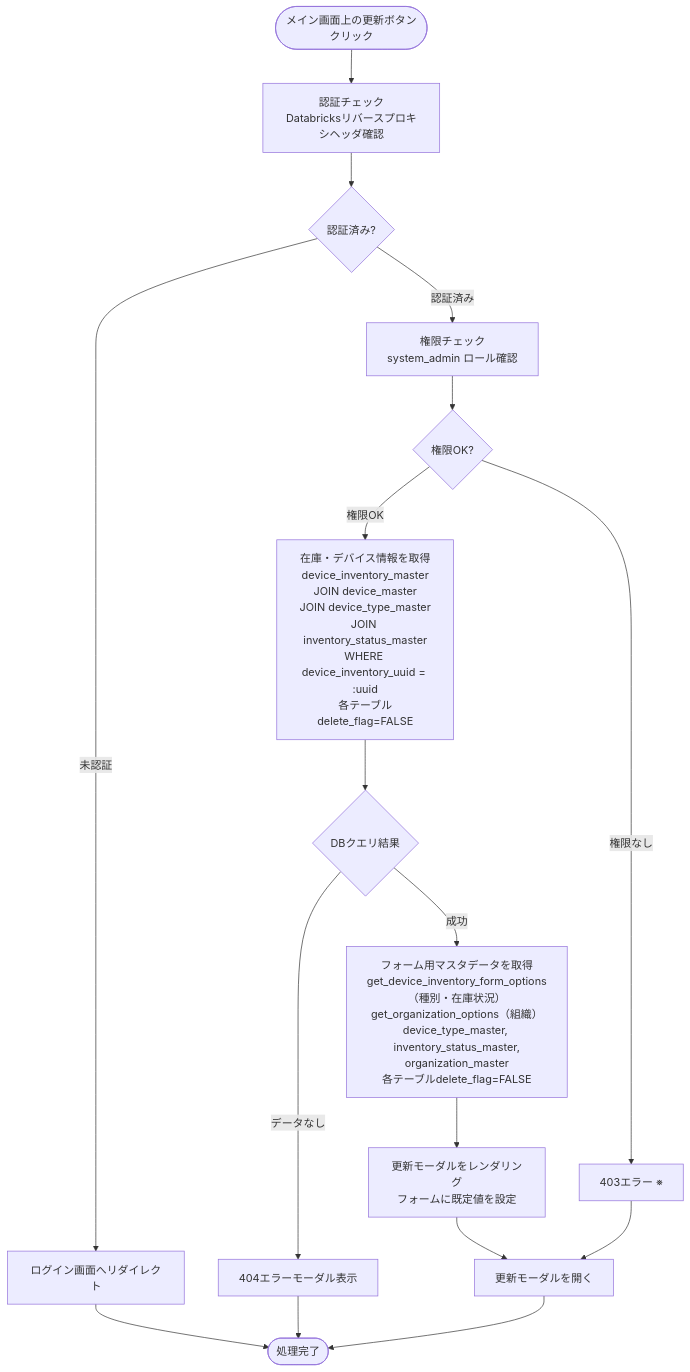
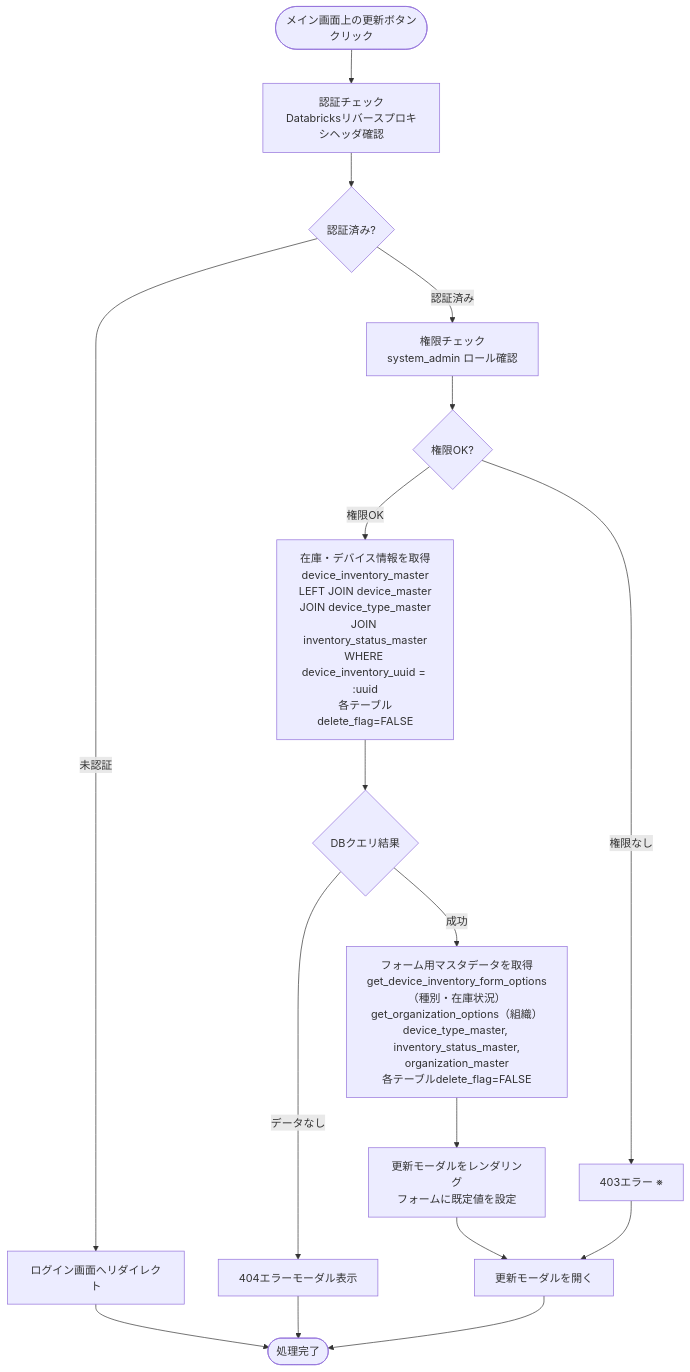
Before and after one commit to NSW-SVCP-AIWG002/Databricks-IoT: the fifth of 9 diagrams in docs/03-features/flask-app/device-inventory/workflow-specification.md, drawn with Mermaid. The commit also changed other lines of this file and 4 other files, not shown here.

````diff
--- a/docs/03-features/flask-app/device-inventory/workflow-specification.md
+++ b/docs/03-features/flask-app/device-inventory/workflow-specification.md
@@ -869,25 +869,25 @@
 ```mermaid
 flowchart TD
     Start([メイン画面上の更新ボタン<br>クリック]) --> Auth[認証チェック<br>Databricksリバースプロキシヘッダ確認]
     Auth --> CheckAuth{認証済み?}
     CheckAuth -->|未認証| Error401[ログイン画面へリダイレクト]
     Error401 --> End([処理完了])
 
     CheckAuth -->|認証済み| Permission[権限チェック<br>system_admin ロール確認]
     Permission --> CheckPerm{権限OK?}
 
-    CheckPerm -->|権限OK| Query[在庫・デバイス情報を取得<br>device_inventory_master<br>JOIN device_master<br>JOIN device_type_master<br>JOIN inventory_status_master<br>WHERE device_inventory_uuid = :uuid<br>各テーブルdelete_flag=FALSE]
+    CheckPerm -->|権限OK| Query[在庫・デバイス情報を取得<br>device_inventory_master<br>LEFT JOIN device_master<br>JOIN device_type_master<br>JOIN inventory_status_master<br>WHERE device_inventory_uuid = :uuid<br>各テーブルdelete_flag=FALSE]
     Query --> CheckDB{DBクエリ結果}
 
     CheckDB -->|データなし| Error404[404エラーモーダル表示]
     Error404 --> End
 
     CheckDB -->|成功| LoadMaster[フォーム用マスタデータを取得<br>get_device_inventory_form_options（種別・在庫状況）<br>get_organization_options（組織）<br>device_type_master, inventory_status_master,<br>organization_master<br>各テーブルdelete_flag=FALSE]
     LoadMaster --> Template[更新モーダルをレンダリング<br>フォームに既定値を設定]
     Template --> OpenModal[更新モーダルを開く]
 
     CheckPerm -->|権限なし| Error403[403エラー ※]
     Error403 --> OpenModal
 
     OpenModal --> End
 ```
````
